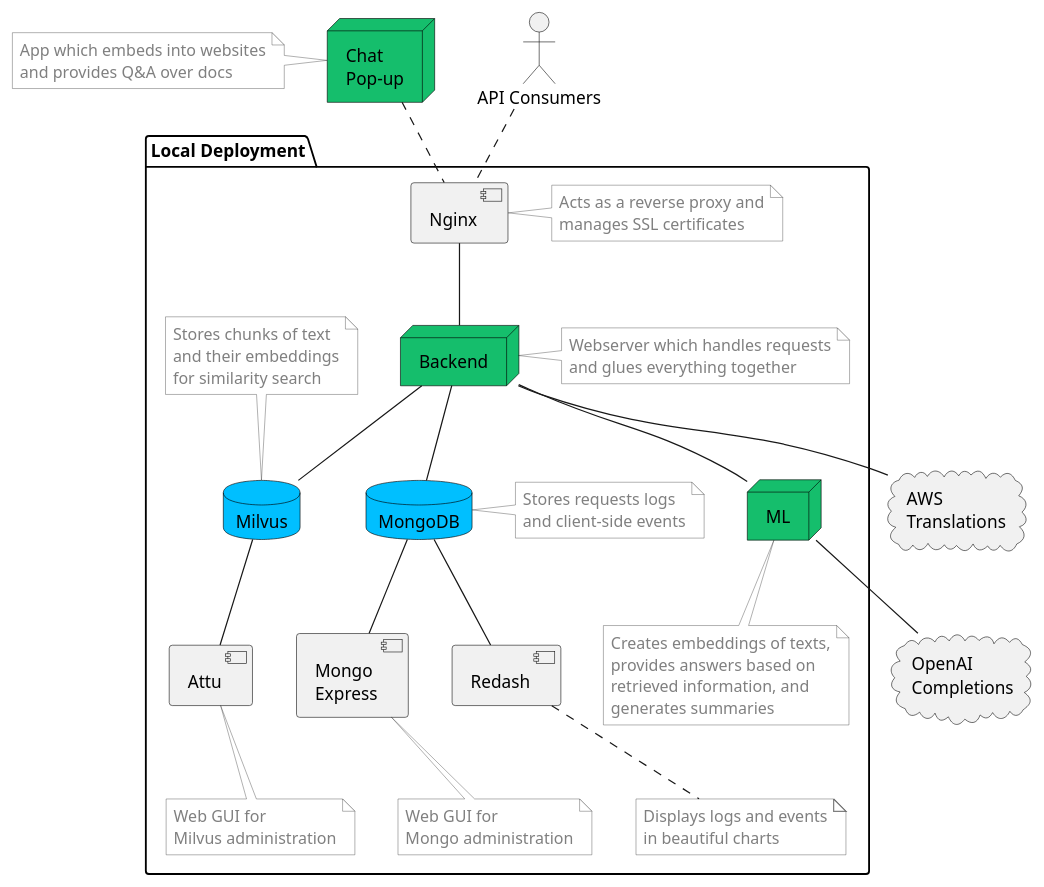
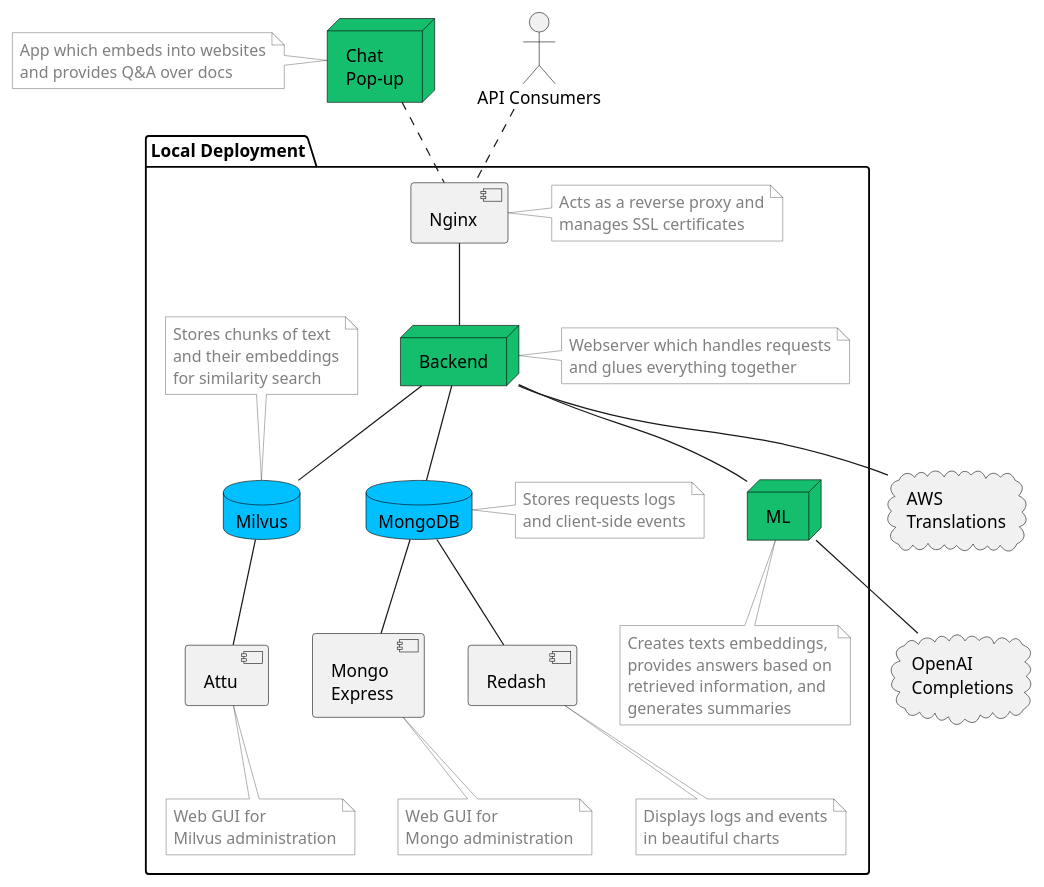
One commit to furiousteabag/asmirnov.xyz changed the diagram in images/askguru-components.plantuml. Above: the diagram before and after it, drawn with PlantUML.

Commit message:
improve writing

```diff
--- a/images/askguru-components.plantuml
+++ b/images/askguru-components.plantuml
@@ -1,65 +1,65 @@
 @startuml
 
 skinparam database {
     BackgroundColor deepskyblue
     BorderColor black
     FontColor automatic
 }
 
 skinparam node {
     BackgroundColor 15BE6C
     BorderColor black
 }
 
 skinparam note {
     BackgroundColor ffffff
     FontColor 00000080
     BorderColor 00000080
 }
 
 node "Chat\nPop-up"
 note left: App which embeds into websites\nand provides Q&A over docs
 
 cloud "OpenAI\nCompletions" as OpenAI
 
 cloud "AWS\nTranslations" as AWS
 
 package "Local Deployment" {
     component "Nginx"
     note right: Acts as a reverse proxy and\nmanages SSL certificates
 
     node "Backend"
     note right: Webserver which handles requests\nand glues everything together
 
     node "ML"
-    note bottom: Creates embeddings of texts,\nprovides answers based on\nretrieved information, and\ngenerates summaries
+    note bottom: Creates texts embeddings,\nprovides answers based on\nretrieved information, and\ngenerates summaries
 
     database "MongoDB"
     note right: Stores requests logs\nand client-side events
 
     database "Milvus"
     note top: Stores chunks of text\nand their embeddings\nfor similarity search
 
     component "Mongo\nExpress"
     note bottom: Web GUI for\nMongo administration
 
     component "Attu"
     note bottom: Web GUI for\nMilvus administration
 
     component "Redash"
     note bottom: Displays logs and events\nin beautiful charts
 }
 
 [Chat\nPop-up] .. [Nginx]
 :API Consumers: .. [Nginx]
 [Nginx] -- [Backend]
 [Backend] -- [ML]
 [Backend] -- [MongoDB]
 [Backend] -- [Milvus]
 [MongoDB] -- [Redash]
 [MongoDB] -- [Mongo\nExpress]
 [ML] -- [OpenAI]
 [Milvus] -- [Attu]
 [Backend] -- [AWS]
 
 @enduml
```
